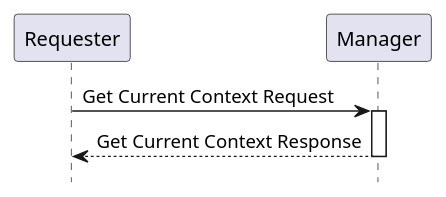
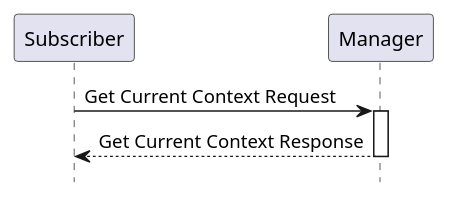
Before and after one commit to IHE/RAD.IRA: the diagram in input/images-source/rad-x8-seq.plantuml, drawn with PlantUML. The commit also changed 7 other files, not shown here.

```diff
--- a/input/images-source/rad-x8-seq.plantuml
+++ b/input/images-source/rad-x8-seq.plantuml
@@ -1,13 +1,13 @@
 @startuml
 
 hide footbox
 
-participant "Requester" as Requester
+participant "Subscriber" as Subscriber
 participant "Manager" as Manager
 
-Requester->Manager: Get Current Context Request
+Subscriber->Manager: Get Current Context Request
 activate Manager
-Manager-->Requester: Get Current Context Response
+Manager-->Subscriber: Get Current Context Response
 deactivate Manager
 
 @enduml
```
